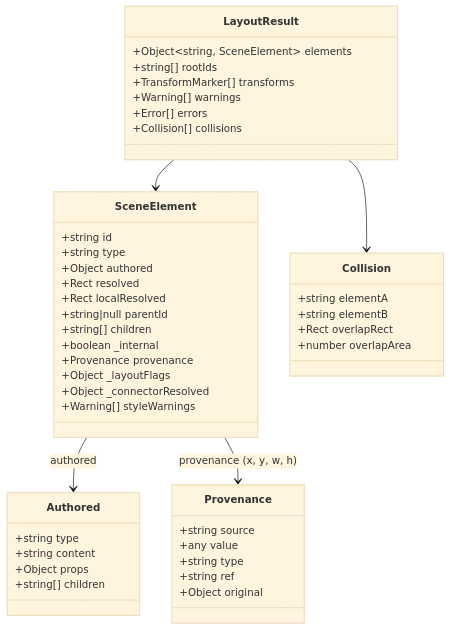
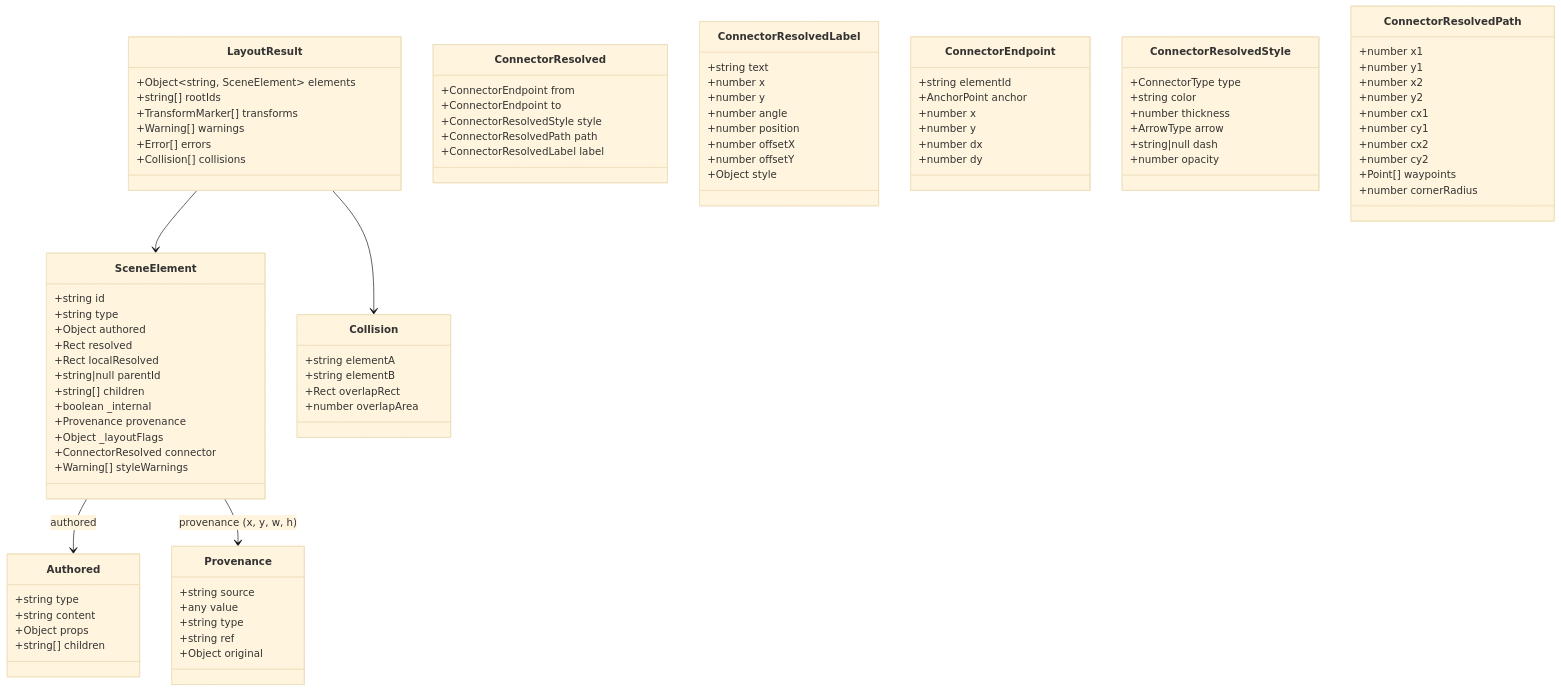
One commit to cabird/slidekit changed diagram 11 of 14 in docs/for_devs/ARCHITECTURE.md. Above: the diagram before and after it, drawn with Mermaid (base theme). The commit also changed 17 other files, not shown here.

```diff
--- a/docs/for_devs/ARCHITECTURE.md
+++ b/docs/for_devs/ARCHITECTURE.md
@@ -482,8 +482,58 @@
         +boolean _internal
         +Provenance provenance
         +Object _layoutFlags
-        +Object _connectorResolved
+        +ConnectorResolved connector
         +Warning[] styleWarnings
+    }
+
+    class ConnectorResolved {
+        +ConnectorEndpoint from
+        +ConnectorEndpoint to
+        +ConnectorResolvedStyle style
+        +ConnectorResolvedPath path
+        +ConnectorResolvedLabel label
+    }
+
+    class ConnectorResolvedLabel {
+        +string text
+        +number x
+        +number y
+        +number angle
+        +number position
+        +number offsetX
+        +number offsetY
+        +Object style
+    }
+
+    class ConnectorEndpoint {
+        +string elementId
+        +AnchorPoint anchor
+        +number x
+        +number y
+        +number dx
+        +number dy
+    }
+
+    class ConnectorResolvedStyle {
+        +ConnectorType type
+        +string color
+        +number thickness
+        +ArrowType arrow
+        +string|null dash
+        +number opacity
+    }
+
+    class ConnectorResolvedPath {
+        +number x1
+        +number y1
+        +number x2
+        +number y2
+        +number cx1
+        +number cy1
+        +number cx2
+        +number cy2
+        +Point[] waypoints
+        +number cornerRadius
     }
 
     class Authored {
```
